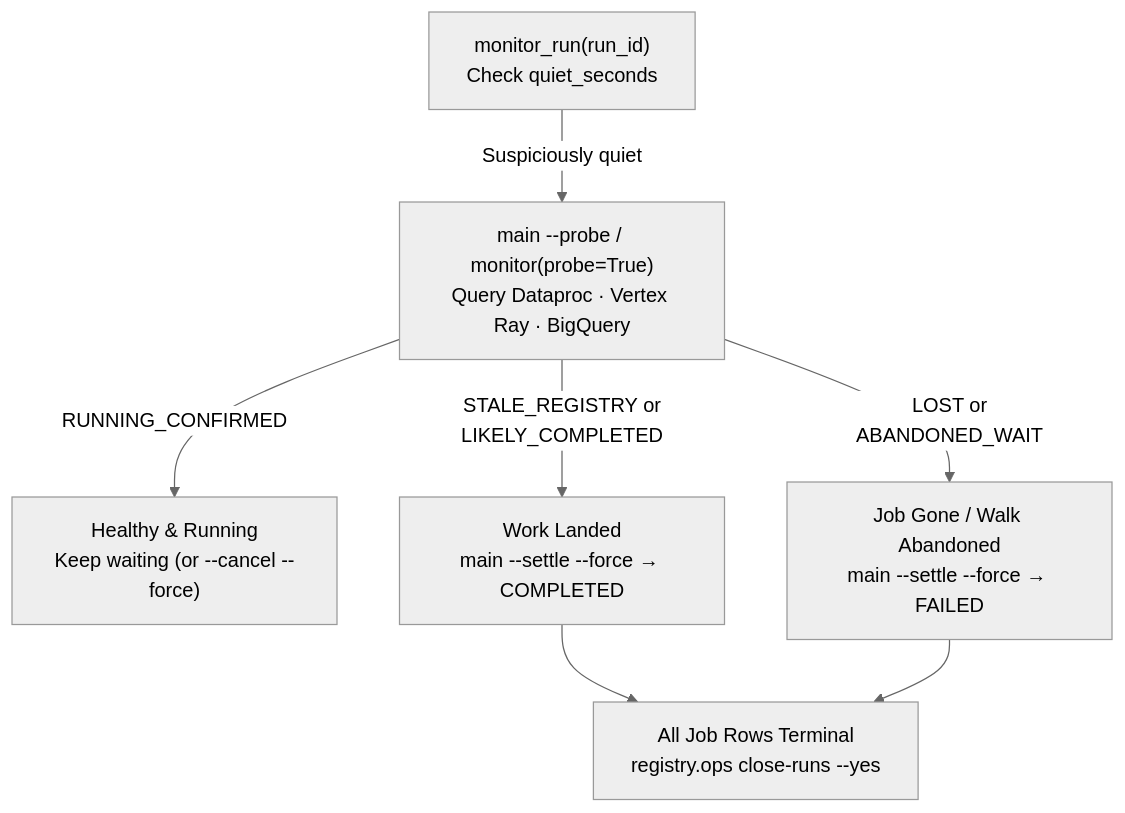
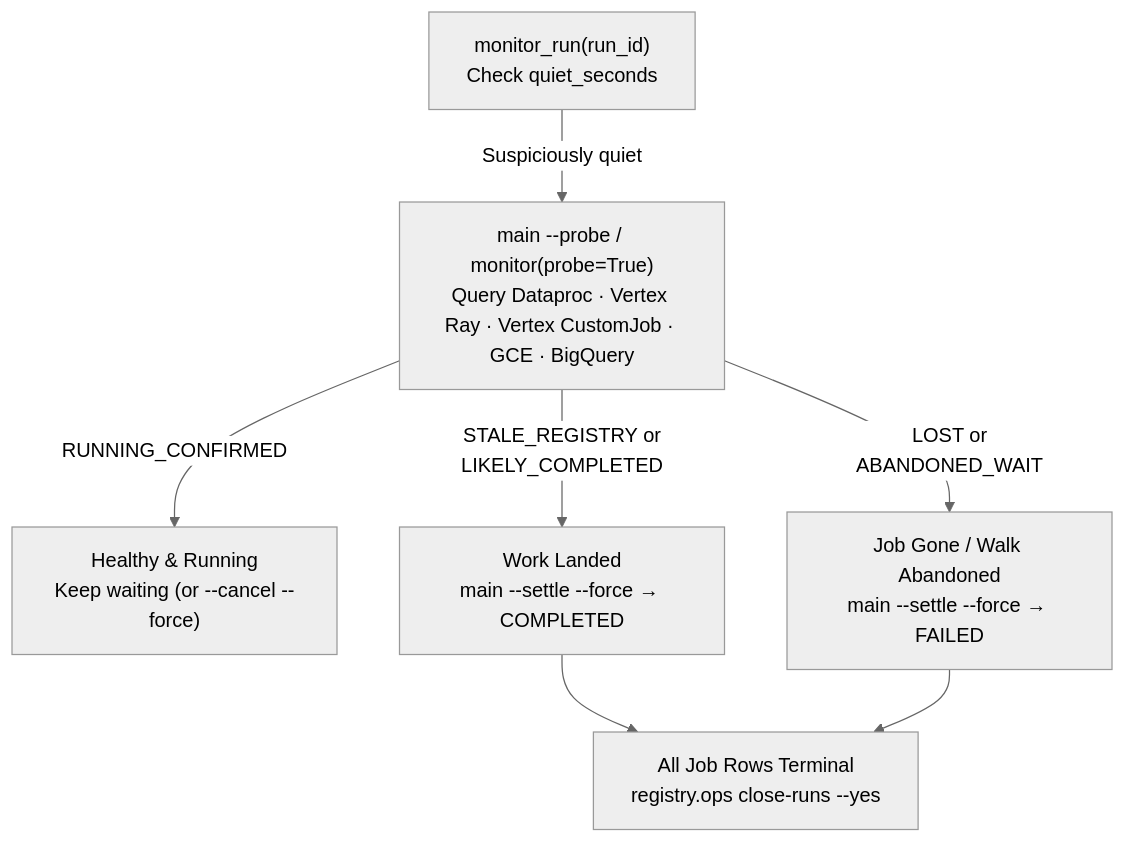
Before and after one commit to statmike/scale-forecasting: the diagram in docs/troubleshooting.md, drawn with Mermaid (neutral theme). The commit also changed other lines of this file and 69 other files, not shown here.

First line of the commit message:
feat(compute): add vertex and gce runtimes, unified compute params, GPU-VM catalog, and AGENTS.md

````diff
--- a/docs/troubleshooting.md
+++ b/docs/troubleshooting.md
@@ -25,8 +25,8 @@
 ```mermaid
 flowchart TD
-    Watch["monitor_run(run_id)\nCheck quiet_seconds"] -->|"Suspiciously quiet"| Probe["main --probe / monitor(probe=True)\nQuery Dataproc · Vertex Ray · BigQuery"]
+    Watch["monitor_run(run_id)\nCheck quiet_seconds"] -->|"Suspiciously quiet"| Probe["main --probe / monitor(probe=True)\nQuery Dataproc · Vertex Ray · Vertex CustomJob · GCE · BigQuery"]
     Probe -->|"RUNNING_CONFIRMED"| Wait["Healthy & Running\nKeep waiting (or --cancel --force)"]
     Probe -->|"STALE_REGISTRY or\nLIKELY_COMPLETED"| SettleOK["Work Landed\nmain --settle --force → COMPLETED"]
     Probe -->|"LOST or\nABANDONED_WAIT"| SettleFail["Job Gone / Walk Abandoned\nmain --settle --force → FAILED"]
     SettleOK & SettleFail --> Close["All Job Rows Terminal\nregistry.ops close-runs --yes"]
 ```
````
